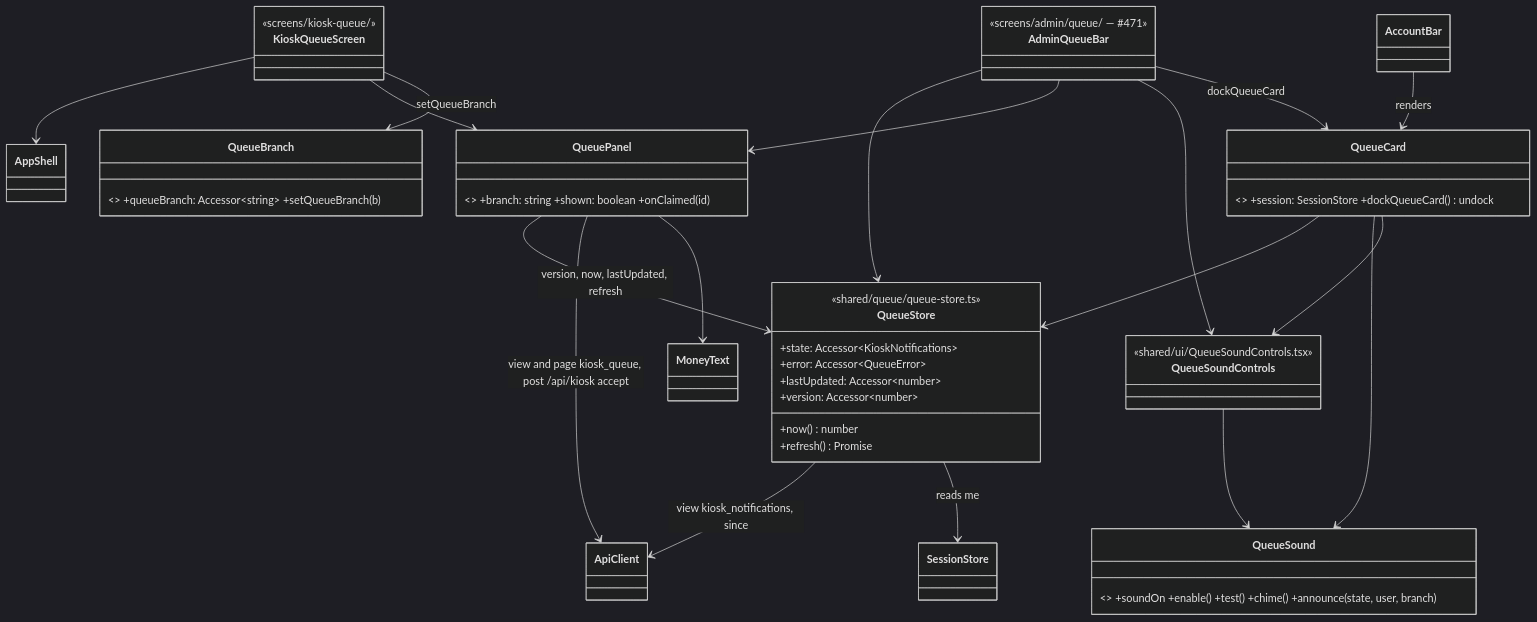
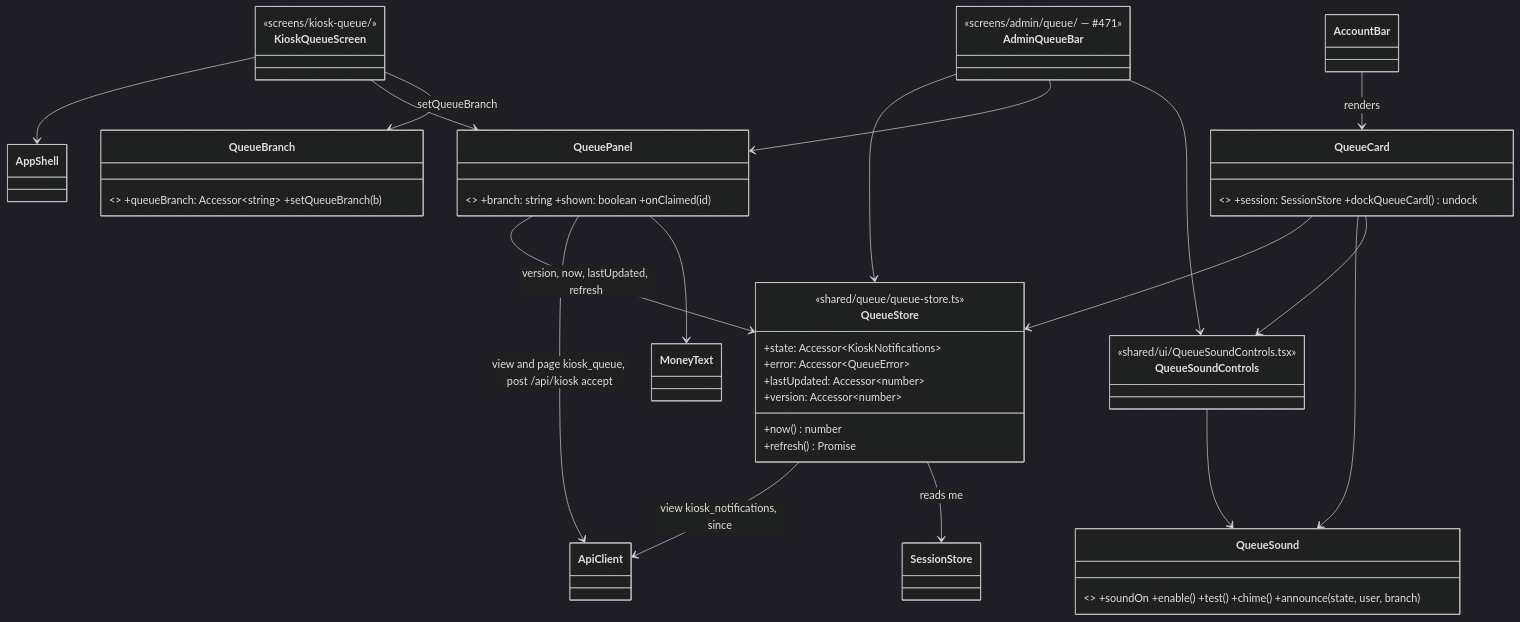
The fifth of 9 diagrams in docs/design/xchange-v3-web.md (yuthstyle88/xchange-dev), drawn with Mermaid (dark theme) before and after one commit. The commit also changed other lines of this file and 1 other file, not shown here.

First line of the commit message:
docs(design): admin shows the floating QueueCard, no in-page queue bar (#786) (#815)

````diff
--- a/docs/design/xchange-v3-web.md
+++ b/docs/design/xchange-v3-web.md
@@ -1284,37 +1285,36 @@
 ```mermaid
 classDiagram
   class QueueStore {
     <<shared/queue/queue-store.ts>>
     +state: Accessor~KioskNotifications~
     +error: Accessor~QueueError~
     +lastUpdated: Accessor~number~
     +version: Accessor~number~
     +now() number
     +refresh() Promise
   }
   class QueueBranch { <<queue-store.ts>> +queueBranch: Accessor~string~ +setQueueBranch(b) }
   class QueuePanel { <<shared/ui/QueuePanel.tsx>> +branch: string +shown: boolean +onClaimed(id) }
   class KioskQueueScreen { <<screens/kiosk-queue/>> }
   class QueueCard { <<shared/ui/QueueCard.tsx>> +session: SessionStore +dockQueueCard() undock }
   class QueueSound { <<shared/queue/queue-sound.ts>> +soundOn +enable() +test() +chime() +announce(state, user, branch) }
   class QueueSoundControls { <<shared/ui/QueueSoundControls.tsx>> }
   class AccountBar
   class AdminQueueBar { <<screens/admin/queue/ — #471>> }
   QueueStore --> ApiClient : view kiosk_notifications, since
   QueueStore --> SessionStore : reads me
   QueuePanel --> QueueStore : version, now, lastUpdated, refresh
   QueuePanel --> ApiClient : view and page kiosk_queue, post /api/kiosk accept
   QueuePanel --> MoneyText
   KioskQueueScreen --> AppShell
   KioskQueueScreen --> QueuePanel
   KioskQueueScreen --> QueueBranch : setQueueBranch
   AccountBar --> QueueCard : renders
   QueueCard --> QueueStore
   QueueCard --> QueueSound
   QueueCard --> QueueSoundControls
   QueueSoundControls --> QueueSound
   AdminQueueBar --> QueueStore
   AdminQueueBar --> QueuePanel
   AdminQueueBar --> QueueSoundControls
-  AdminQueueBar --> QueueCard : dockQueueCard
 ```
````
